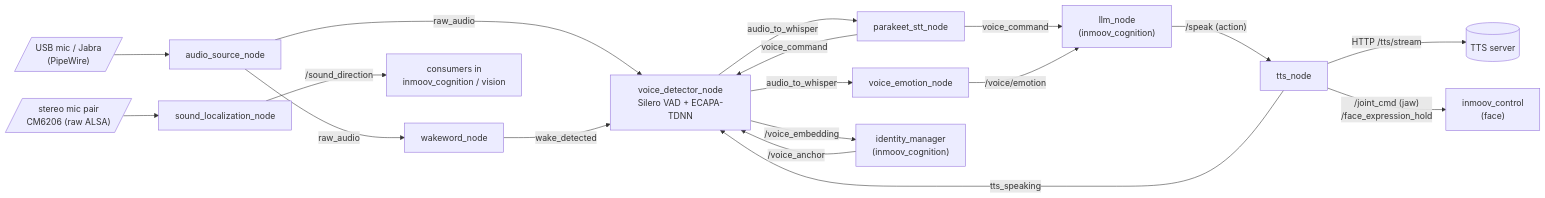
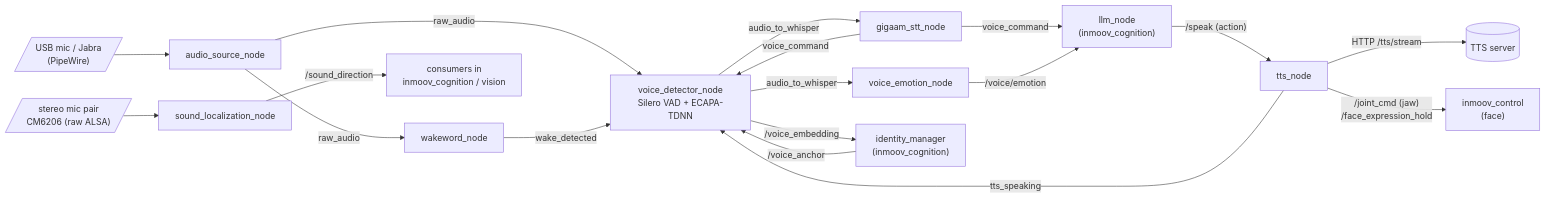
The diagram in src/inmoov_voice/README.md (Artur-Fedjukevits/inmoov_ros2), drawn with Mermaid before and after one commit. The commit also changed other lines of this file and 7 other files, not shown here.

First line of the commit message:
inmoov_voice: GigaAM-v3 STT, Parakeet only as the English fallback

````diff
--- a/src/inmoov_voice/README.md
+++ b/src/inmoov_voice/README.md
@@ -24,20 +24,20 @@
 ```mermaid
 flowchart LR
     MIC[/"USB mic / Jabra<br/>(PipeWire)"/] --> AS[audio_source_node]
     AS -- raw_audio --> WW[wakeword_node]
     AS -- raw_audio --> VD[voice_detector_node<br/>Silero VAD + ECAPA-TDNN]
     WW -- wake_detected --> VD
-    VD -- audio_to_whisper --> STT[parakeet_stt_node]
+    VD -- audio_to_whisper --> STT[gigaam_stt_node]
     VD -- audio_to_whisper --> VE[voice_emotion_node]
     STT -- voice_command --> LLM["llm_node<br/>(inmoov_cognition)"]
     STT -- voice_command --> VD
     VE -- /voice/emotion --> LLM
     LLM -- "/speak (action)" --> TTS[tts_node]
     TTS -- "HTTP /tts/stream" --> SRV[("TTS server")]
     TTS -- tts_speaking --> VD
     TTS -- "/joint_cmd (jaw)<br/>/face_expression_hold" --> FACE["inmoov_control<br/>(face)"]
     VD -- "/voice_embedding" --> ID["identity_manager<br/>(inmoov_cognition)"]
     ID -- /voice_anchor --> VD
     STEREO[/"stereo mic pair<br/>CM6206 (raw ALSA)"/] --> SL[sound_localization_node]
     SL -- /sound_direction --> CONS["consumers in<br/>inmoov_cognition / vision"]
 ```
````
